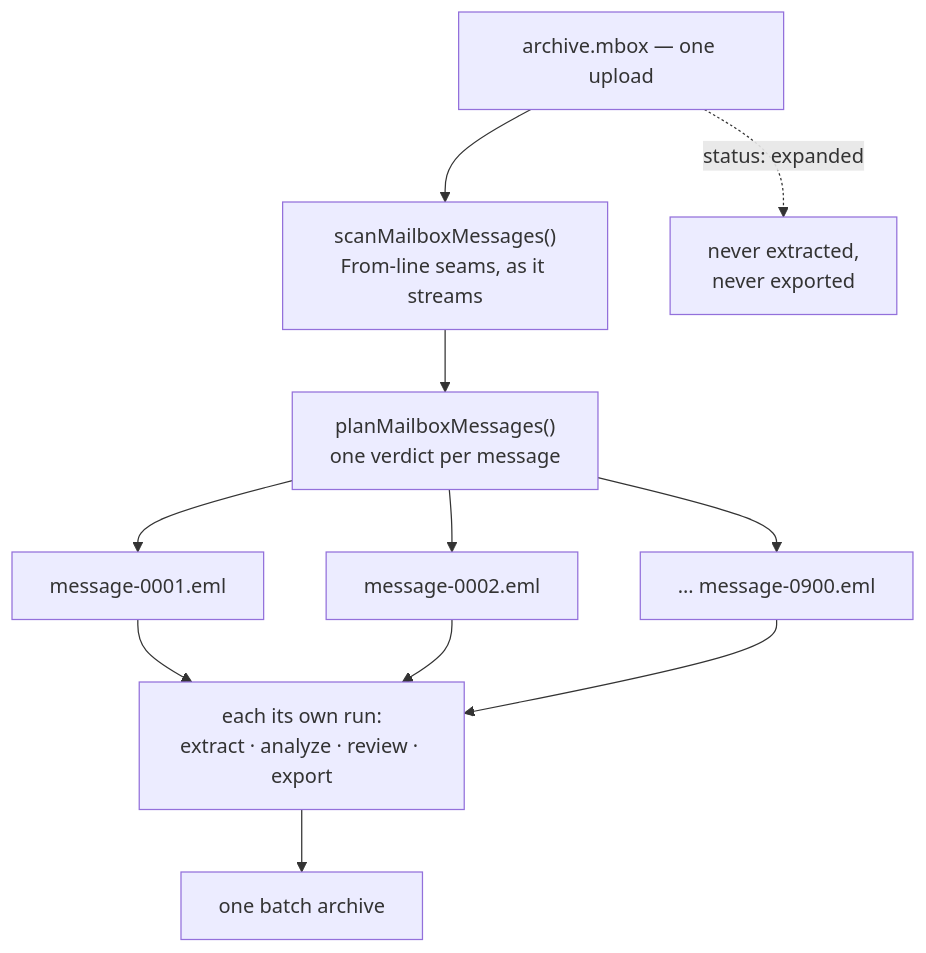
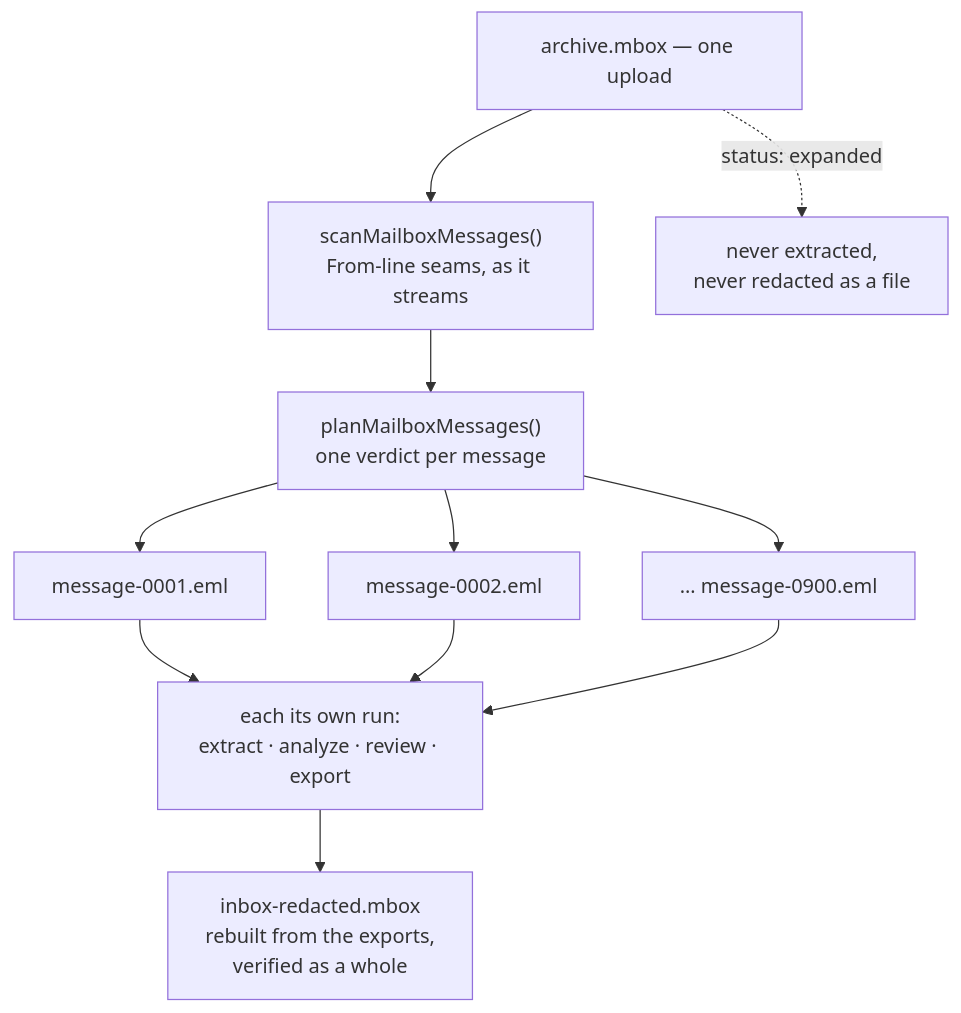
The second of 2 diagrams in docs/pipelines.md (Anonify-v2-0/Anonify2.0), drawn with Mermaid before and after one commit. The commit also changed other lines of this file and 36 other files, not shown here.

First line of the commit message:
Batch download: rebuild MBOX and EML in their original format, or download folders by provenance (#147)

````diff
--- a/docs/pipelines.md
+++ b/docs/pipelines.md
@@ -715,13 +718,13 @@
 ```mermaid
 flowchart TB
     MBOX["archive.mbox — one upload"] --> SPLIT["scanMailboxMessages()<br/>From-line seams, as it streams"]
     SPLIT --> PLAN["planMailboxMessages()<br/>one verdict per message"]
     PLAN --> C1["message-0001.eml"]
     PLAN --> C2["message-0002.eml"]
     PLAN --> CN["… message-0900.eml"]
     C1 --> RUN["each its own run:<br/>extract · analyze · review · export"]
     C2 --> RUN
     CN --> RUN
-    MBOX -.->|status: expanded| DONE["never extracted,<br/>never exported"]
-    RUN --> ARCHIVE["one batch archive"]
+    MBOX -.->|status: expanded| DONE["never extracted,<br/>never redacted as a file"]
+    RUN --> REBUILT["inbox-redacted.mbox<br/>rebuilt from the exports,<br/>verified as a whole"]
 ```
````
